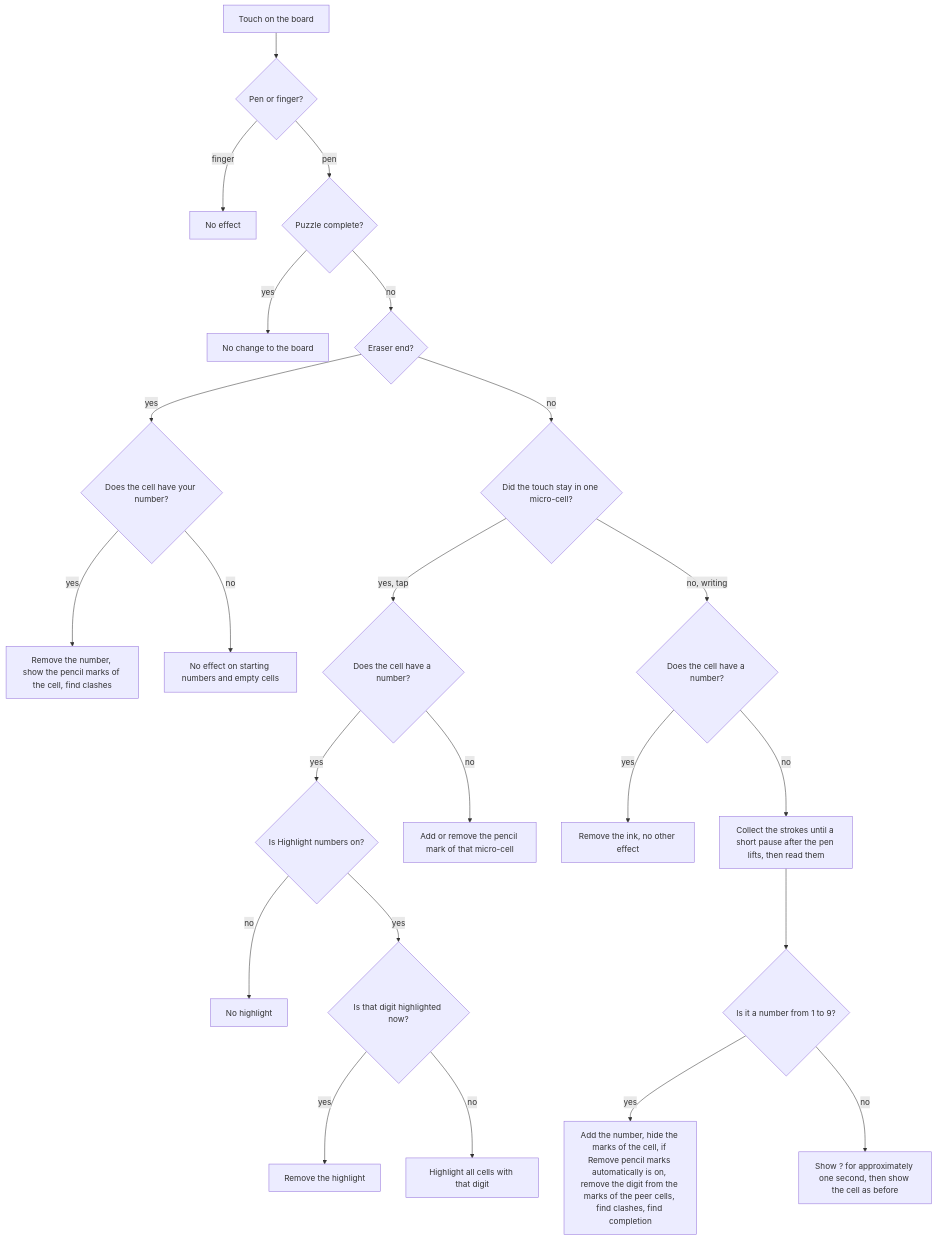
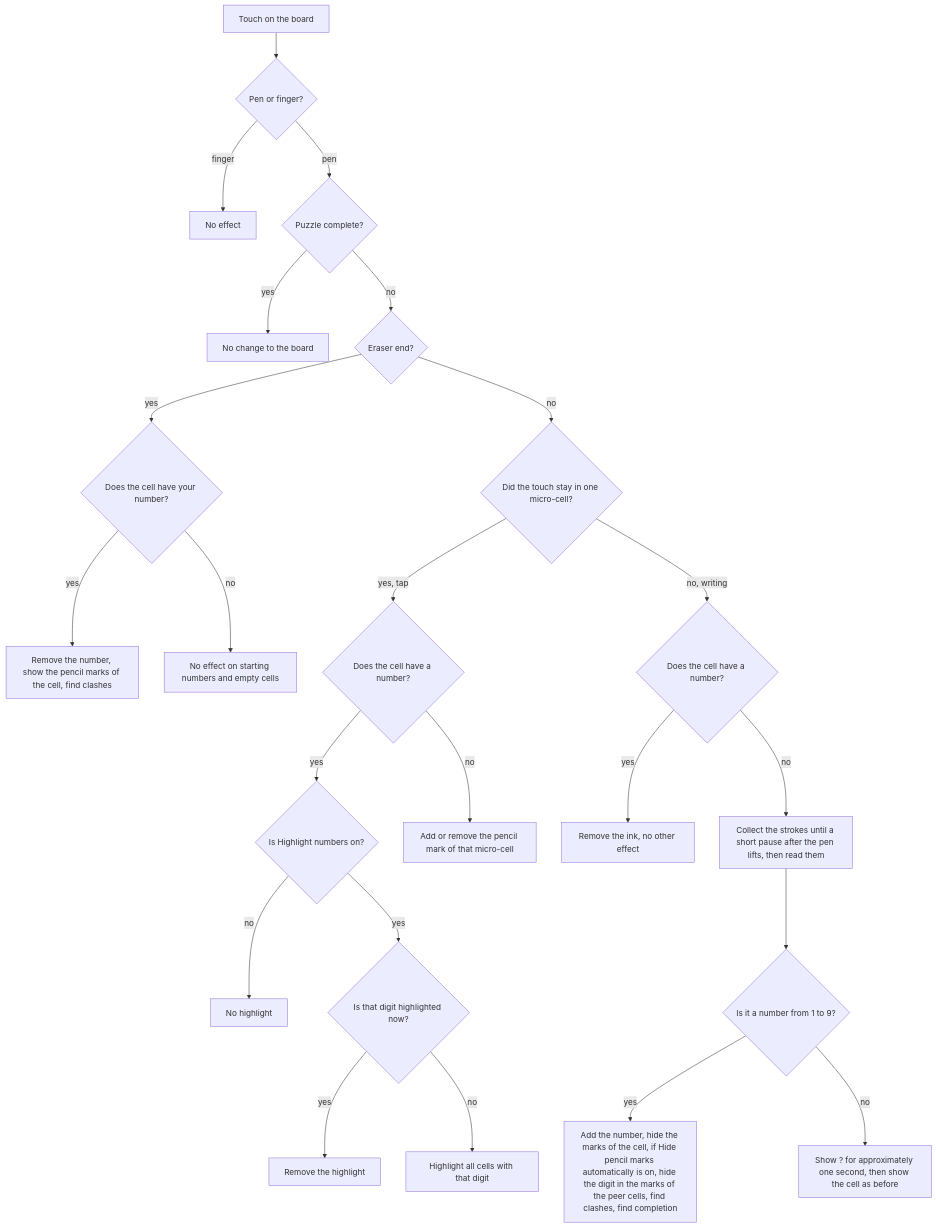
Before and after one commit to garbles/sudoku: the fourth of 13 diagrams in REQUIREMENTS.md, drawn with Mermaid. The commit also changed other lines of this file and 27 other files, not shown here.

Commit message:
Hide pencil marks instead of removing them

````diff
--- a/REQUIREMENTS.md
+++ b/REQUIREMENTS.md
@@ -260,25 +260,25 @@
 ```mermaid
 flowchart TD
     A[Touch on the board] --> B{Pen or finger?}
     B -- finger --> X[No effect]
     B -- pen --> C{Puzzle complete?}
     C -- yes --> X2[No change to the board]
     C -- no --> D{Eraser end?}
     D -- yes --> E{Does the cell have your number?}
     E -- yes --> E1[Remove the number, show the pencil marks of the cell, find clashes]
     E -- no --> X3[No effect on starting numbers and empty cells]
     D -- no --> F{Did the touch stay in one micro-cell?}
     F -- yes, tap --> G{Does the cell have a number?}
     G -- yes --> GS{Is Highlight numbers on?}
     GS -- no --> X5[No highlight]
     GS -- yes --> G0{Is that digit highlighted now?}
     G0 -- yes --> G3[Remove the highlight]
     G0 -- no --> G1[Highlight all cells with that digit]
     G -- no --> G2[Add or remove the pencil mark of that micro-cell]
     F -- no, writing --> H{Does the cell have a number?}
     H -- yes --> X4[Remove the ink, no other effect]
     H -- no --> I[Collect the strokes until a short pause after the pen lifts, then read them]
     I --> J{Is it a number from 1 to 9?}
-    J -- yes --> K[Add the number, hide the marks of the cell, if Remove pencil marks automatically is on, remove the digit from the marks of the peer cells, find clashes, find completion]
+    J -- yes --> K[Add the number, hide the marks of the cell, if Hide pencil marks automatically is on, hide the digit in the marks of the peer cells, find clashes, find completion]
     J -- no --> L[Show ? for approximately one second, then show the cell as before]
 ```
````
